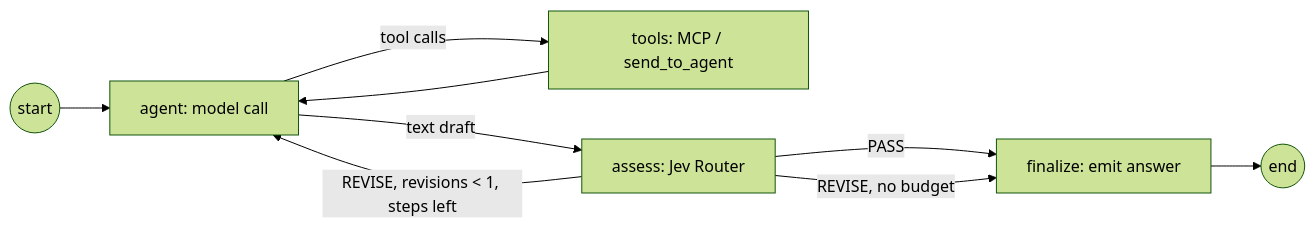
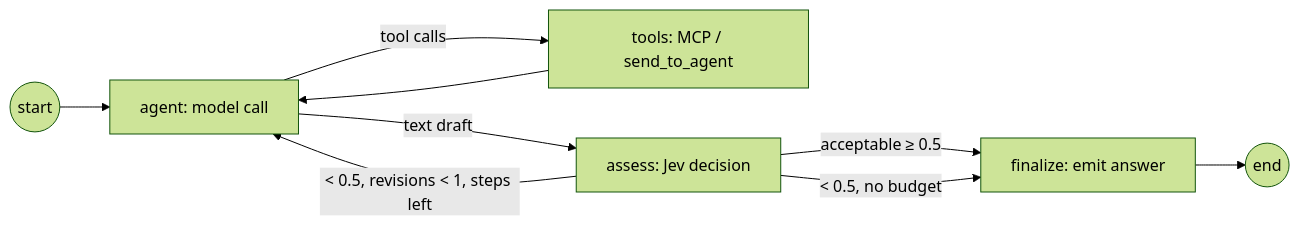
One commit to lemanhcuong6904/vde-agent-demo changed the diagram in docs/superpowers/specs/2026-09-28-agent-freedom-design.md. Above: the diagram before and after it, drawn with Mermaid (forest theme). The commit also changed other lines of this file, not shown here.

Commit message:
docs(spec): gate reports with Jev 1.13 decisions instead of Jev Router

````diff
--- a/docs/superpowers/specs/2026-09-28-agent-freedom-design.md
+++ b/docs/superpowers/specs/2026-09-28-agent-freedom-design.md
@@ -178,9 +178,9 @@
 ```mermaid
 flowchart LR
   S((start)) --> A[agent: model call]
   A -- tool calls --> T[tools: MCP / send_to_agent] --> A
-  A -- text draft --> J[assess: Jev Router]
-  J -- PASS --> F[finalize: emit answer] --> E((end))
-  J -- "REVISE, revisions < 1, steps left" --> A
-  J -- "REVISE, no budget" --> F
+  A -- text draft --> J[assess: Jev decision]
+  J -- "acceptable ≥ 0.5" --> F[finalize: emit answer] --> E((end))
+  J -- "< 0.5, revisions < 1, steps left" --> A
+  J -- "< 0.5, no budget" --> F
 ```
````
